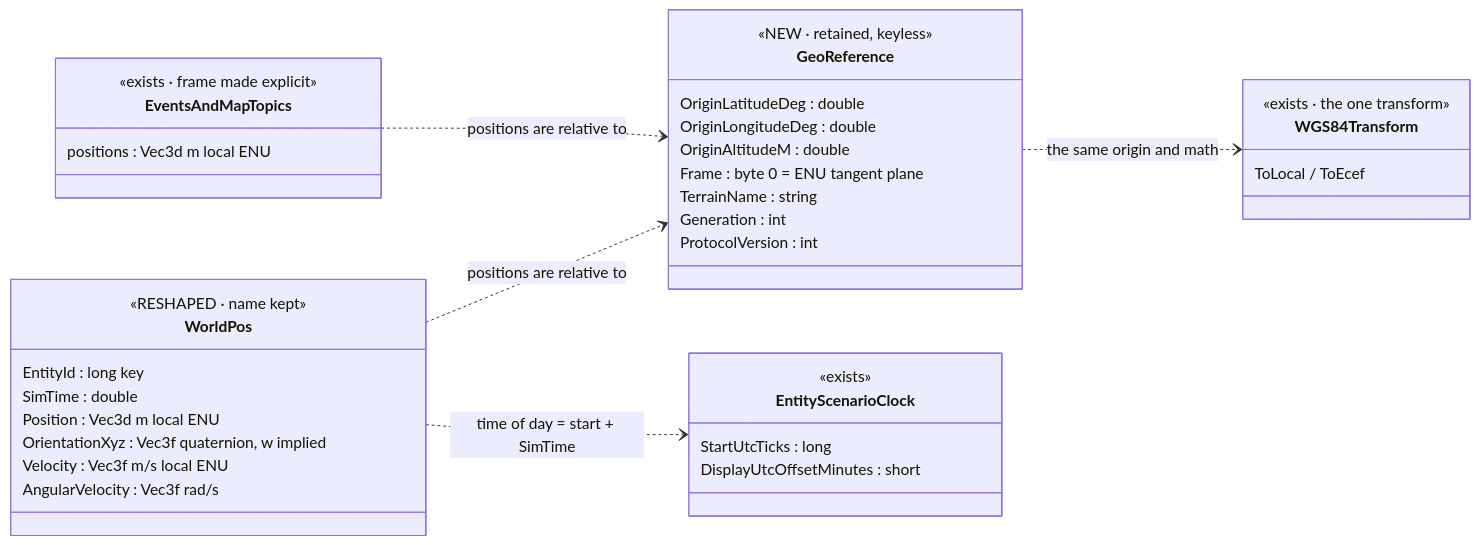
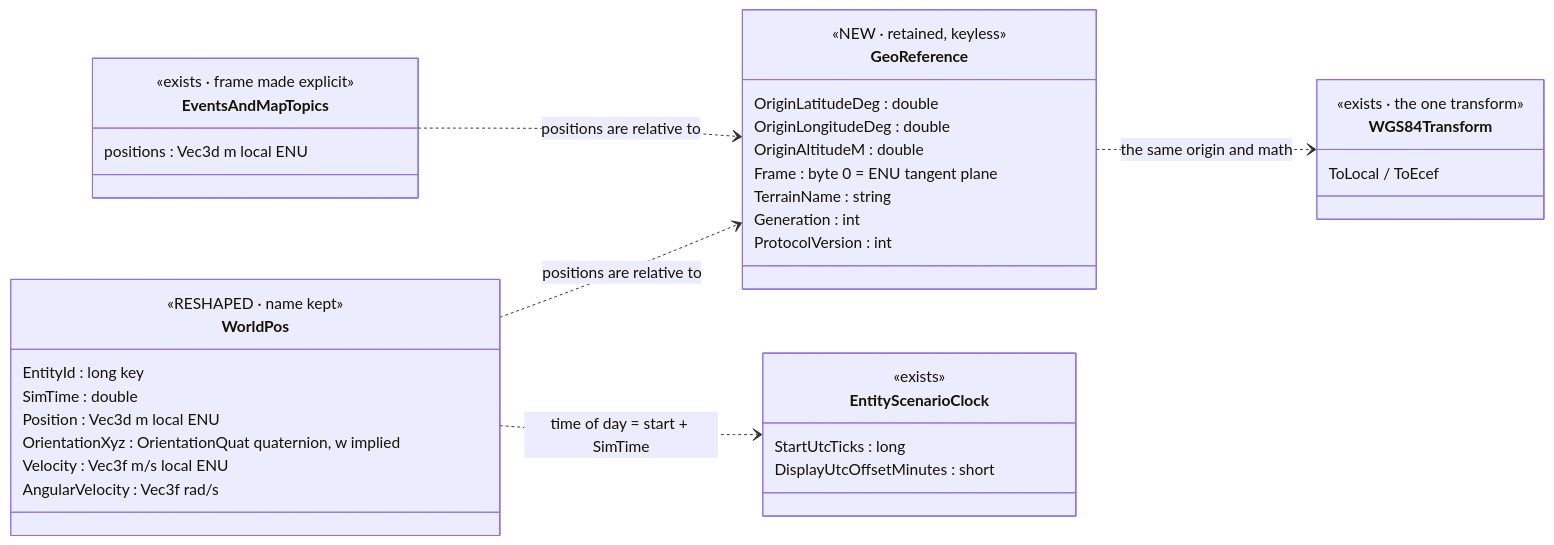
One commit to pjanec/HROT changed the first of 2 diagrams in docs/blueprints/Architect_Question_107_NED_Wire_Frame_And_Names.md. Above: the diagram before and after it, drawn with Mermaid. The commit also changed other lines of this file and 15 other files, not shown here.

````diff
--- a/docs/blueprints/Architect_Question_107_NED_Wire_Frame_And_Names.md
+++ b/docs/blueprints/Architect_Question_107_NED_Wire_Frame_And_Names.md
@@ -72,40 +72,40 @@
 ```mermaid
 classDiagram
   direction LR
   class GeoReference {
     <<NEW · retained, keyless>>
     OriginLatitudeDeg : double
     OriginLongitudeDeg : double
     OriginAltitudeM : double
     Frame : byte  0 = ENU tangent plane
     TerrainName : string
     Generation : int
     ProtocolVersion : int
   }
   class WorldPos {
     <<RESHAPED · name kept>>
     EntityId : long  key
     SimTime : double
     Position : Vec3d  m local ENU
-    OrientationXyz : Vec3f  quaternion, w implied
+    OrientationXyz : OrientationQuat  quaternion, w implied
     Velocity : Vec3f  m/s local ENU
     AngularVelocity : Vec3f  rad/s
   }
   class EntityScenarioClock {
     <<exists>>
     StartUtcTicks : long
     DisplayUtcOffsetMinutes : short
   }
   class EventsAndMapTopics {
     <<exists · frame made explicit>>
     positions : Vec3d m local ENU
   }
   class WGS84Transform {
     <<exists · the one transform>>
     ToLocal / ToEcef
   }
   GeoReference ..> WGS84Transform : the same origin and math
   WorldPos ..> GeoReference : positions are relative to
   EventsAndMapTopics ..> GeoReference : positions are relative to
   WorldPos ..> EntityScenarioClock : time of day = start + SimTime
 ```
````
